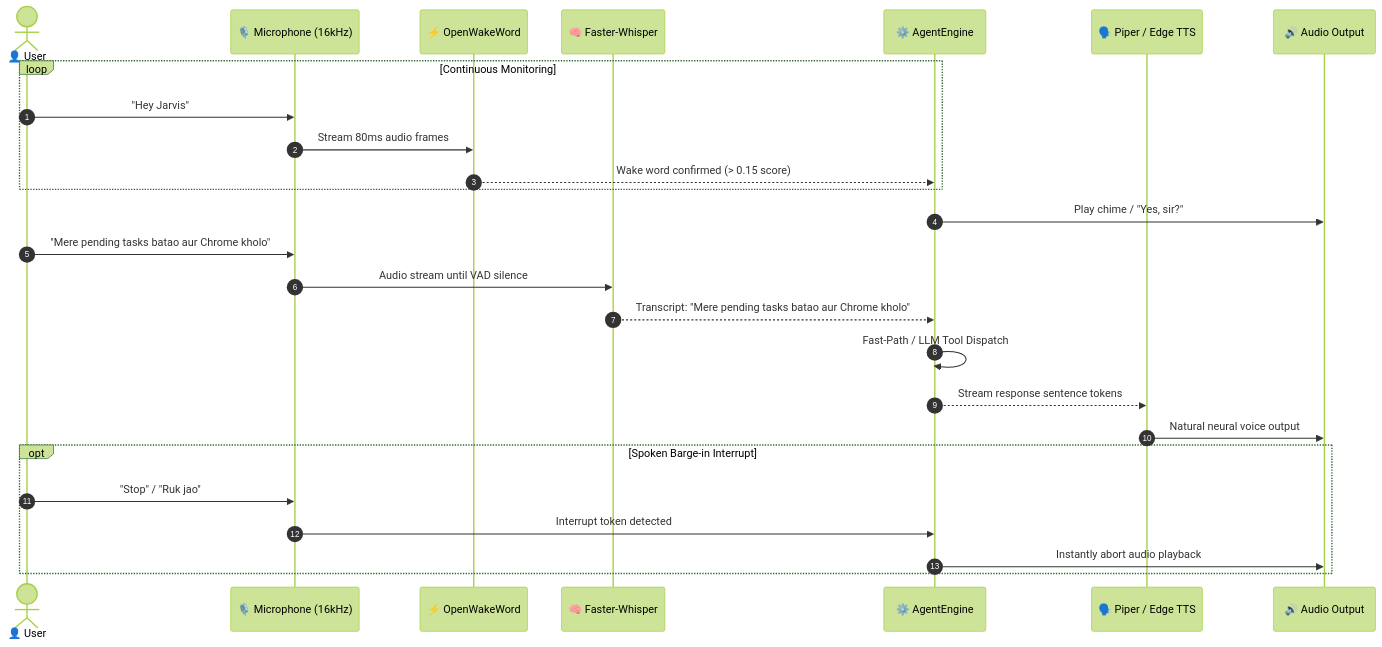
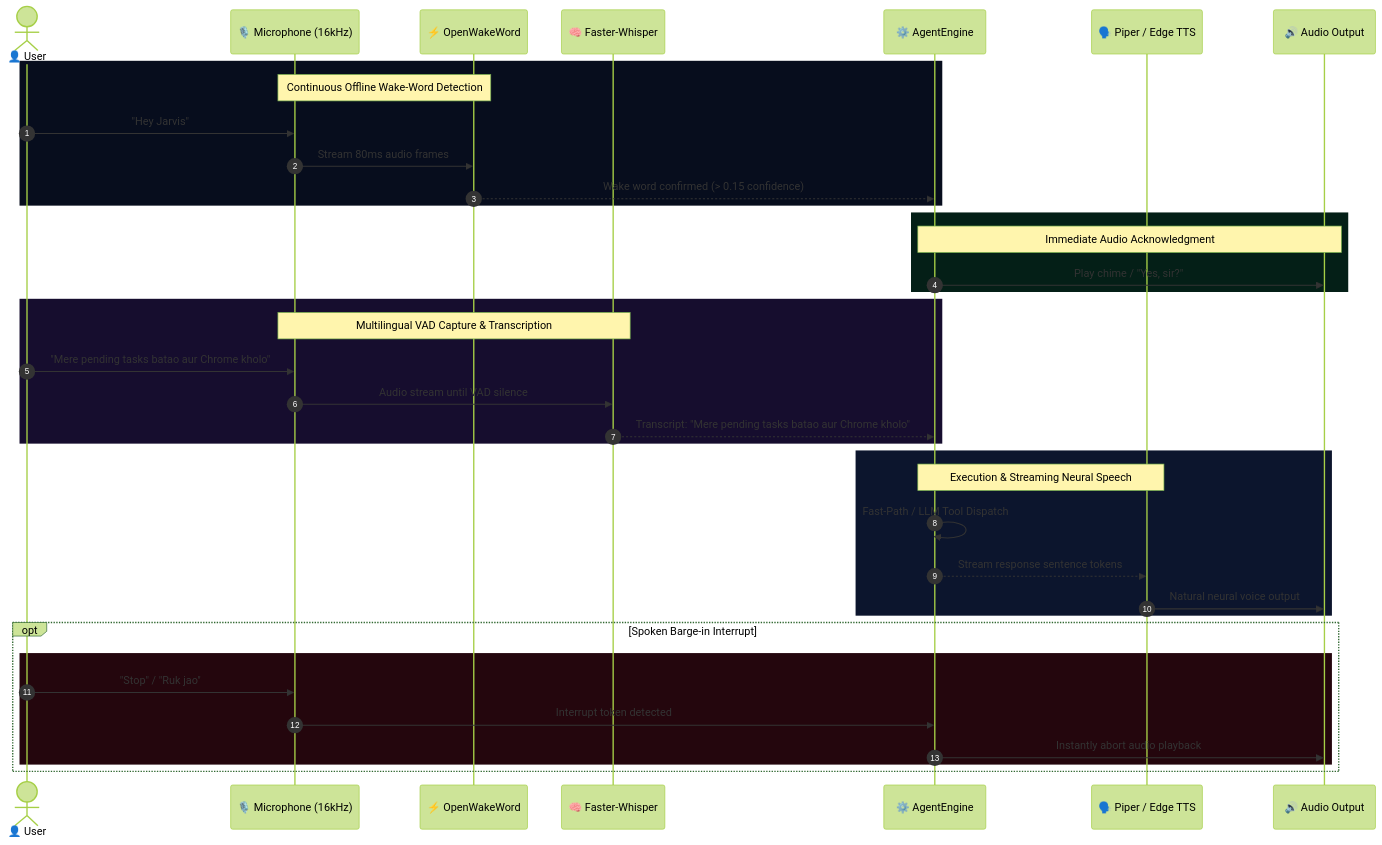
One commit to Abhay73888/jarvis changed the third of 5 diagrams in README.md. Above: the diagram before and after it, drawn with Mermaid (forest theme). The commit also changed other lines of this file, not shown here.

Commit message:
style: apply professional cyberpunk and executive color palette to README diagrams and badges

````diff
--- a/README.md
+++ b/README.md
@@ -219,29 +253,45 @@
 ```mermaid
 sequenceDiagram
     autonumber
     actor User as 👤 User
     participant Mic as 🎙️ Microphone (16kHz)
     participant OWW as ⚡ OpenWakeWord
     participant STT as 🧠 Faster-Whisper
     participant Engine as ⚙️ AgentEngine
     participant TTS as 🗣️ Piper / Edge TTS
     participant Spk as 🔊 Audio Output
 
-    loop Continuous Monitoring
+    rect rgb(7, 13, 29)
+        Note over Mic,OWW: Continuous Offline Wake-Word Detection
         User->>Mic: "Hey Jarvis"
         Mic->>OWW: Stream 80ms audio frames
-        OWW-->>Engine: Wake word confirmed (> 0.15 score)
+        OWW-->>Engine: Wake word confirmed (> 0.15 confidence)
     end
-    Engine->>Spk: Play chime / "Yes, sir?"
-    User->>Mic: "Mere pending tasks batao aur Chrome kholo"
-    Mic->>STT: Audio stream until VAD silence
-    STT-->>Engine: Transcript: "Mere pending tasks batao aur Chrome kholo"
-    Engine->>Engine: Fast-Path / LLM Tool Dispatch
-    Engine-->>TTS: Stream response sentence tokens
-    TTS->>Spk: Natural neural voice output
+
+    rect rgb(4, 31, 23)
+        Note over Engine,Spk: Immediate Audio Acknowledgment
+        Engine->>Spk: Play chime / "Yes, sir?"
+    end
+
+    rect rgb(22, 13, 46)
+        Note over Mic,STT: Multilingual VAD Capture & Transcription
+        User->>Mic: "Mere pending tasks batao aur Chrome kholo"
+        Mic->>STT: Audio stream until VAD silence
+        STT-->>Engine: Transcript: "Mere pending tasks batao aur Chrome kholo"
+    end
+
+    rect rgb(12, 21, 45)
+        Note over Engine,TTS: Execution & Streaming Neural Speech
+        Engine->>Engine: Fast-Path / LLM Tool Dispatch
+        Engine-->>TTS: Stream response sentence tokens
+        TTS->>Spk: Natural neural voice output
+    end
+
     opt Spoken Barge-in Interrupt
-        User->>Mic: "Stop" / "Ruk jao"
-        Mic->>Engine: Interrupt token detected
-        Engine->>Spk: Instantly abort audio playback
+        rect rgb(36, 6, 13)
+            User->>Mic: "Stop" / "Ruk jao"
+            Mic->>Engine: Interrupt token detected
+            Engine->>Spk: Instantly abort audio playback
+        end
     end
 ```
````
